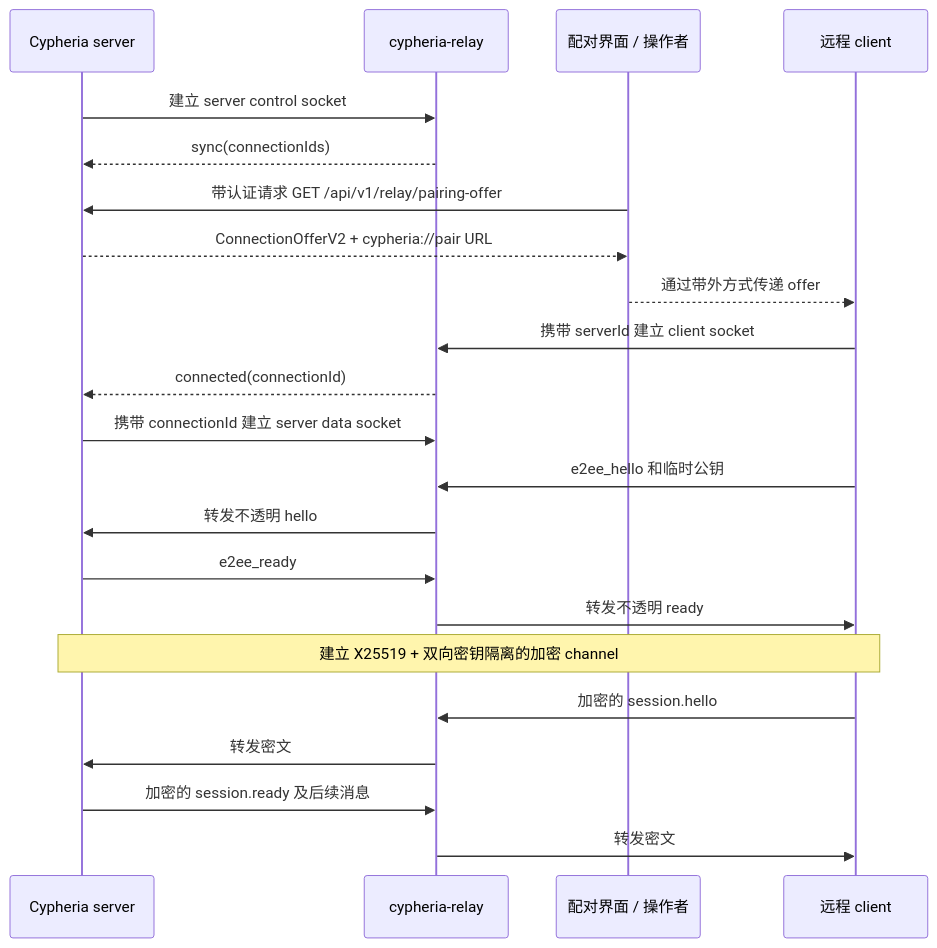
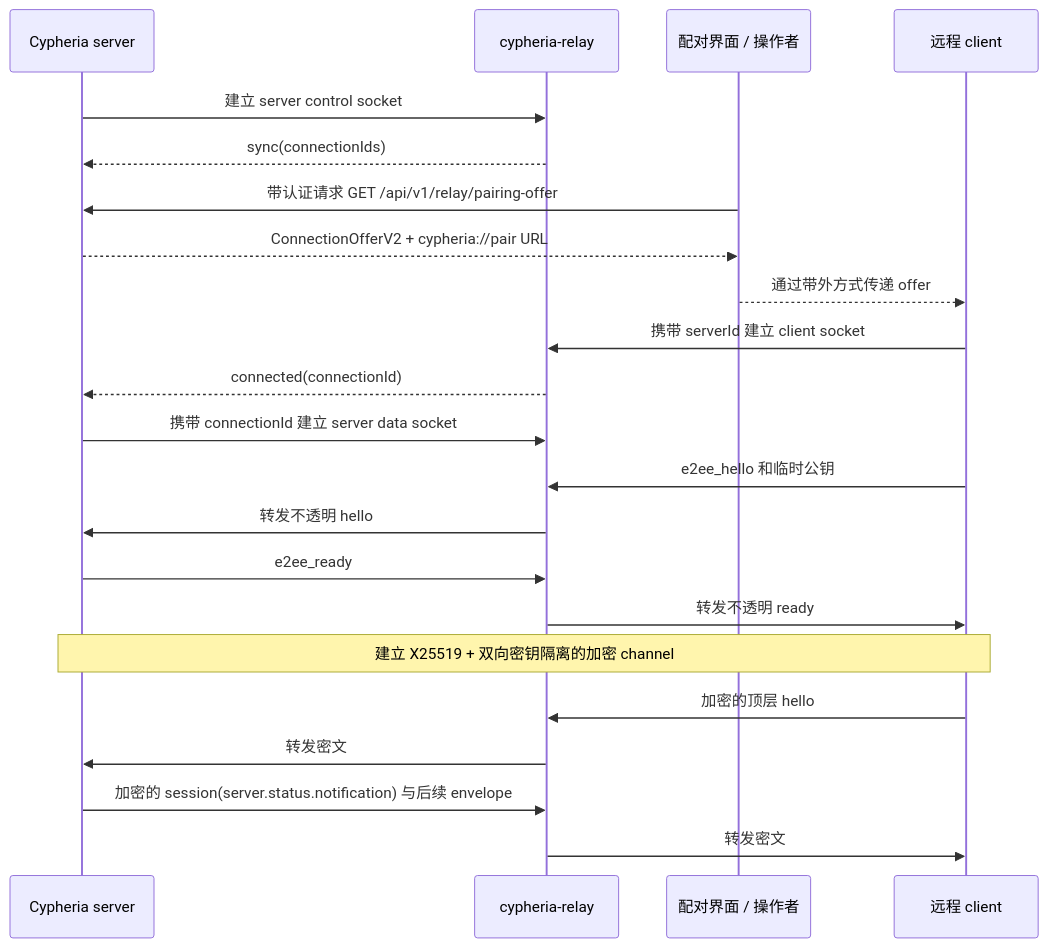
The first of 3 diagrams in docs/relay.zh-CN.md (cypheriaweb3/cypheria), drawn with Mermaid before and after one commit. The commit also changed 48 other files, not shown here.

````diff
--- a/docs/relay.zh-CN.md
+++ b/docs/relay.zh-CN.md
@@ -31,25 +31,25 @@
 ```mermaid
 sequenceDiagram
     participant S as Cypheria server
     participant R as cypheria-relay
     participant O as 配对界面 / 操作者
     participant C as 远程 client
 
     S->>R: 建立 server control socket
     R-->>S: sync(connectionIds)
     O->>S: 带认证请求 GET /api/v1/relay/pairing-offer
     S-->>O: ConnectionOfferV2 + cypheria://pair URL
     O-->>C: 通过带外方式传递 offer
     C->>R: 携带 serverId 建立 client socket
     R-->>S: connected(connectionId)
     S->>R: 携带 connectionId 建立 server data socket
     C->>R: e2ee_hello 和临时公钥
     R->>S: 转发不透明 hello
     S->>R: e2ee_ready
     R->>C: 转发不透明 ready
     Note over C,S: 建立 X25519 + 双向密钥隔离的加密 channel
-    C->>R: 加密的 session.hello
+    C->>R: 加密的顶层 hello
     R->>S: 转发密文
-    S->>R: 加密的 session.ready 及后续消息
+    S->>R: 加密的 session(server.status.notification) 与后续 envelope
     R->>C: 转发密文
 ```
````
